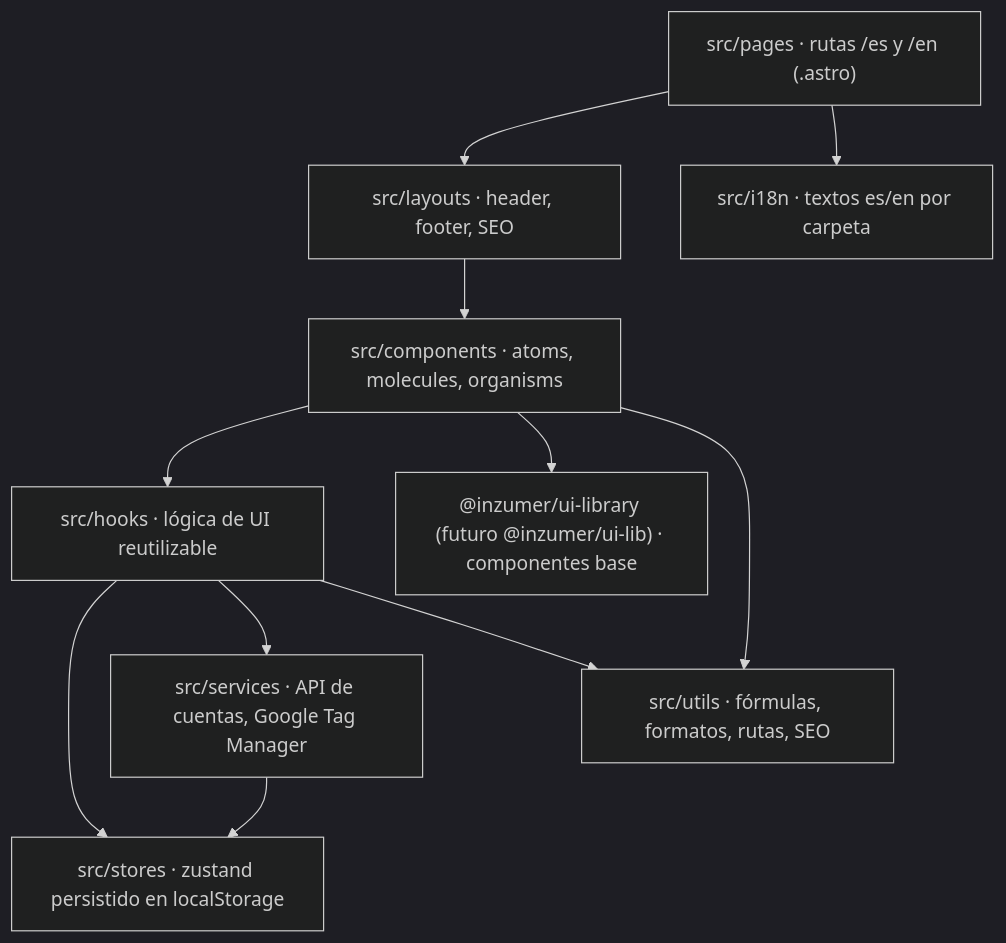
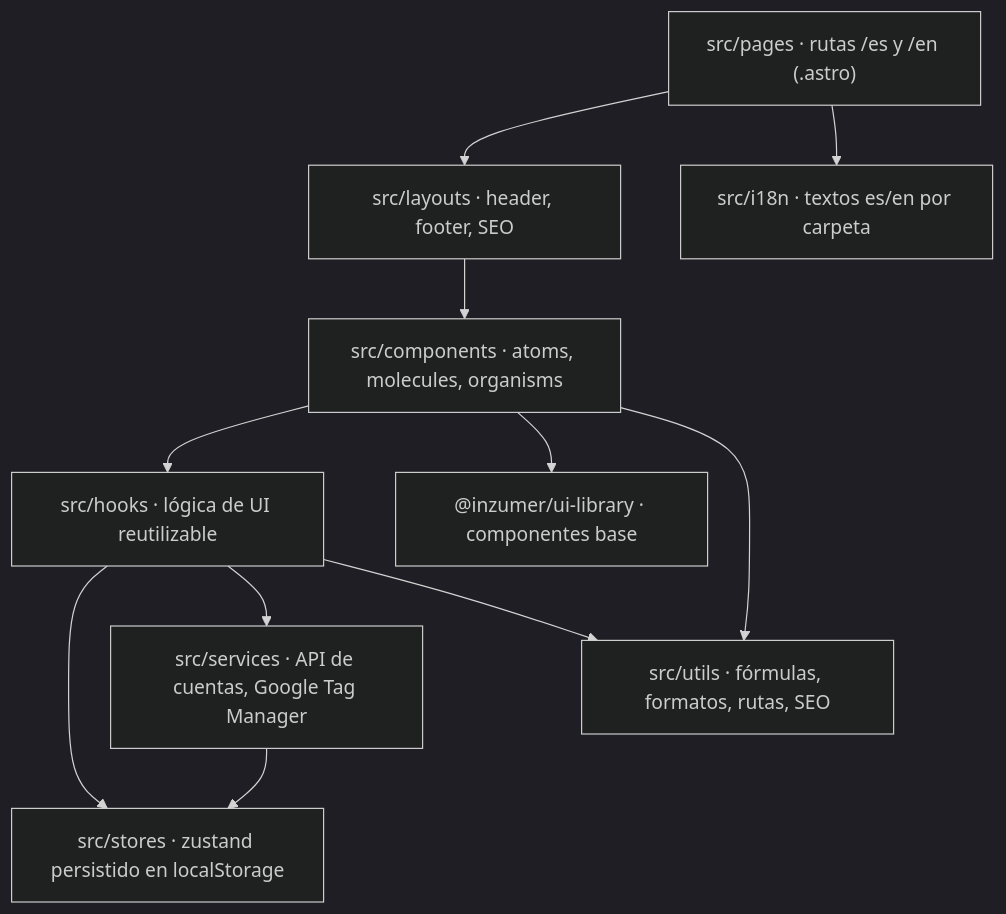
One commit to inzumer/milimon-docs changed the diagram in src/content/docs/arquitectura/sitio.md. Above: the diagram before and after it, drawn with Mermaid (dark theme). The commit also changed 4 other files, not shown here.

````diff
--- a/src/content/docs/arquitectura/sitio.md
+++ b/src/content/docs/arquitectura/sitio.md
@@ -13,21 +13,21 @@
 ```mermaid
 flowchart TB
   paginas["src/pages · rutas /es y /en (.astro)"]
   layouts["src/layouts · header, footer, SEO"]
   componentes["src/components · atoms, molecules, organisms"]
   hooks["src/hooks · lógica de UI reutilizable"]
   stores["src/stores · zustand persistido en localStorage"]
   services["src/services · API de cuentas, Google Tag Manager"]
   utils["src/utils · fórmulas, formatos, rutas, SEO"]
   i18n["src/i18n · textos es/en por carpeta"]
-  lib["@inzumer/ui-library (futuro @inzumer/ui-lib) · componentes base"]
+  lib["@inzumer/ui-library · componentes base"]
 
   paginas --> layouts --> componentes
   paginas --> i18n
   componentes --> hooks --> stores
   componentes --> lib
   hooks --> services
   services --> stores
   componentes --> utils
   hooks --> utils
 ```
````
